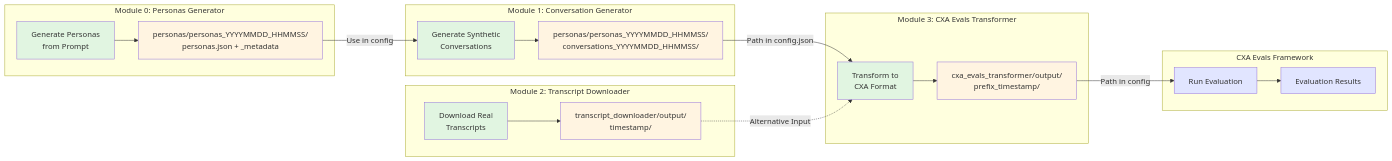
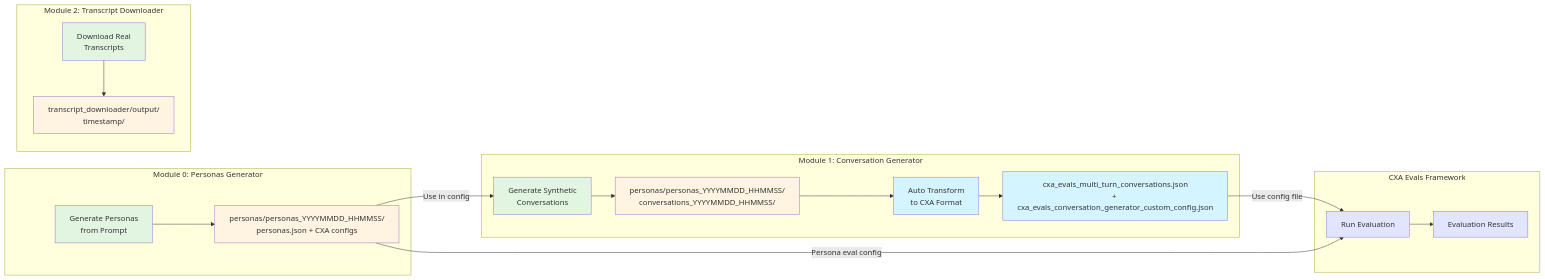
Before and after one commit to taponidhi-ms/simulation-agent-evals: the diagram in README.md, drawn with Mermaid. The commit also changed other lines of this file and 19 other files, not shown here.

First line of the commit message:
Streamline conversation generation to 1-per-persona and fully integrate CXA Evals with persona evaluation (#30)

````diff
--- a/README.md
+++ b/README.md
@@ -7,38 +7,35 @@
 ```mermaid
 flowchart LR
     subgraph Module0[Module 0: Personas Generator]
-        PA[Generate Personas<br/>from Prompt] --> PB[personas/personas_YYYYMMDD_HHMMSS/<br/>personas.json + _metadata]
+        PA[Generate Personas<br/>from Prompt] --> PB[personas/personas_YYYYMMDD_HHMMSS/<br/>personas.json + CXA configs]
     end
     
     subgraph Module1[Module 1: Conversation Generator]
         A[Generate Synthetic<br/>Conversations] --> B[personas/personas_YYYYMMDD_HHMMSS/<br/>conversations_YYYYMMDD_HHMMSS/]
+        B --> B1[Auto Transform<br/>to CXA Format]
+        B1 --> B2[cxa_evals_multi_turn_conversations.json<br/>+ cxa_evals_conversation_generator_custom_config.json]
     end
     
     subgraph Module2[Module 2: Transcript Downloader]
         C[Download Real<br/>Transcripts] --> D[transcript_downloader/output/<br/>timestamp/]
-    end
-    
-    subgraph Module3[Module 3: CXA Evals Transformer]
-        E[Transform to<br/>CXA Format] --> F[cxa_evals_transformer/output/<br/>prefix_timestamp/]
     end
     
     subgraph External[CXA Evals Framework]
         G[Run Evaluation] --> H[Evaluation Results]
     end
     
     PB -->|Use in config| A
-    B -->|Path in config.json| E
-    D -.->|Alternative Input| E
-    F -->|Path in config| G
+    B2 -->|Use config file| G
+    PB -->|Persona eval config| G
     
     style PA fill:#e1f5e1
     style A fill:#e1f5e1
     style C fill:#e1f5e1
-    style E fill:#e1f5e1
     style G fill:#e1e5ff
     style PB fill:#fff4e1
     style B fill:#fff4e1
+    style B1 fill:#d4f4ff
+    style B2 fill:#d4f4ff
     style D fill:#fff4e1
-    style F fill:#fff4e1
     style H fill:#e1e5ff
 ```
````
